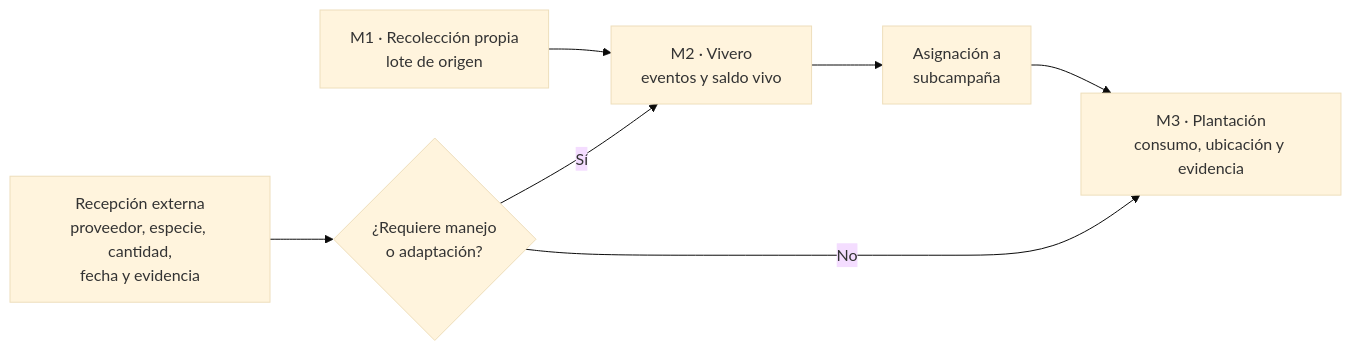
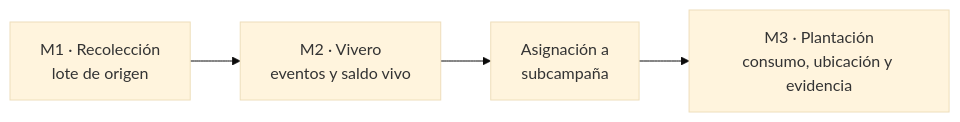
One commit to R3foresta/r3foresta-docs changed the second of 4 diagrams in documentacion-grado/06_entregables/perfil/PERFIL_PROYECTO_GRADO.md. Above: the diagram before and after it, drawn with Mermaid (base theme). The commit also changed other lines of this file and 9 other files, not shown here.

````diff
--- a/documentacion-grado/06_entregables/perfil/PERFIL_PROYECTO_GRADO.md
+++ b/documentacion-grado/06_entregables/perfil/PERFIL_PROYECTO_GRADO.md
@@ -369,15 +357,10 @@
 ```mermaid
 flowchart LR
-    R["M1 · Recolección propia<br/>lote de origen"]
-    E["Recepción externa<br/>proveedor, especie, cantidad,<br/>fecha y evidencia"]
-    D{"¿Requiere manejo<br/>o adaptación?"}
+    R["M1 · Recolección<br/>lote de origen"]
     V["M2 · Vivero<br/>eventos y saldo vivo"]
     A["Asignación a<br/>subcampaña"]
     P["M3 · Plantación<br/>consumo, ubicación y evidencia"]
 
     R --> V
-    E --> D
-    D -->|Sí| V
-    D -->|No| P
     V --> A --> P
 ```
````
